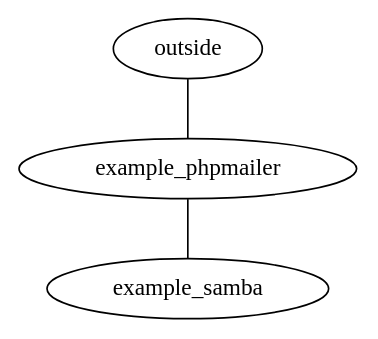
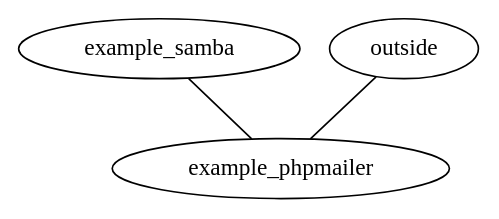
Before and after one commit to tum-i4/attack-graph-generator: the diagram in System/examples-results/example/topology_graph.dot, drawn with Graphviz. The commit also changed 21 other files, not shown here.

Commit message:
Readme modification, graph properties and time summary in main is added.

```diff
--- a/System/examples-results/example/topology_graph.dot
+++ b/System/examples-results/example/topology_graph.dot
@@ -1,8 +1,8 @@
 // Topology Graph
 graph {
+	example_samba
 	outside
 	example_phpmailer
-	example_samba
-	example_phpmailer -- example_samba [contstraint=false]
 	outside -- example_phpmailer [contstraint=false]
+	example_samba -- example_phpmailer [contstraint=false]
 }
```
